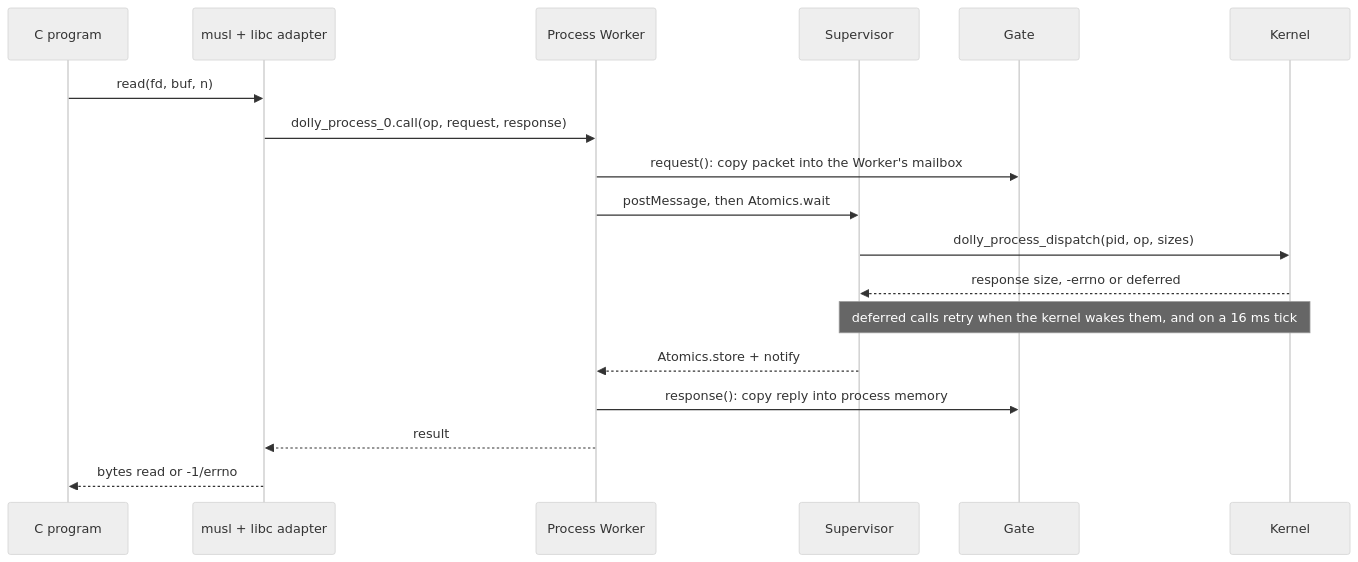
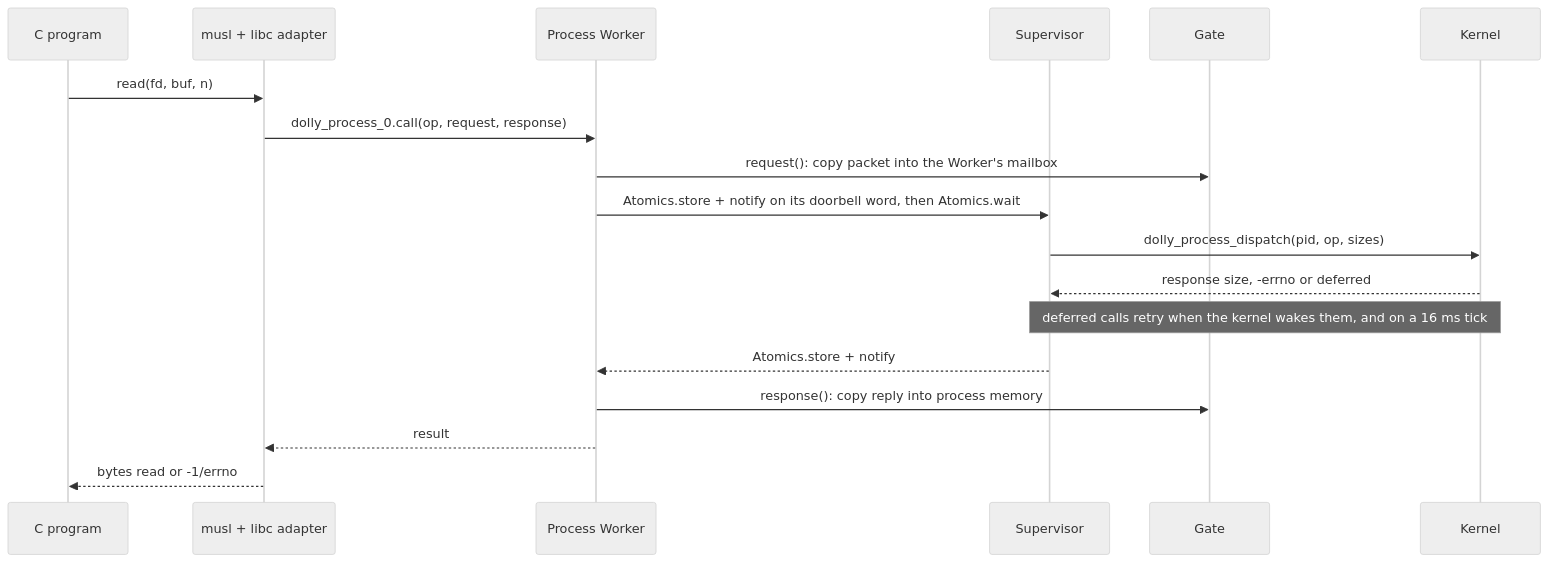
Before and after one commit to daugasauron/dolly: the second of 3 diagrams in docs/architecture.md, drawn with Mermaid (neutral theme). The commit also changed other lines of this file and 6 other files, not shown here.

First line of the commit message:
Process Workers made by the page, their calls on a doorbell word

````diff
--- a/docs/architecture.md
+++ b/docs/architecture.md
@@ -71,20 +71,20 @@
 ```mermaid
 sequenceDiagram
   participant P as C program
   participant L as musl + libc adapter
   participant W as Process Worker
   participant S as Supervisor
   participant G as Gate
   participant K as Kernel
   P->>L: read(fd, buf, n)
   L->>W: dolly_process_0.call(op, request, response)
   W->>G: request(): copy packet into the Worker's mailbox
-  W->>S: postMessage, then Atomics.wait
+  W->>S: Atomics.store + notify on its doorbell word, then Atomics.wait
   S->>K: dolly_process_dispatch(pid, op, sizes)
   K-->>S: response size, -errno or deferred
   Note over S,K: deferred calls retry when the kernel wakes them, and on a 16 ms tick
   S-->>W: Atomics.store + notify
   W->>G: response(): copy reply into process memory
   W-->>L: result
   L-->>P: bytes read or -1/errno
 ```
````
